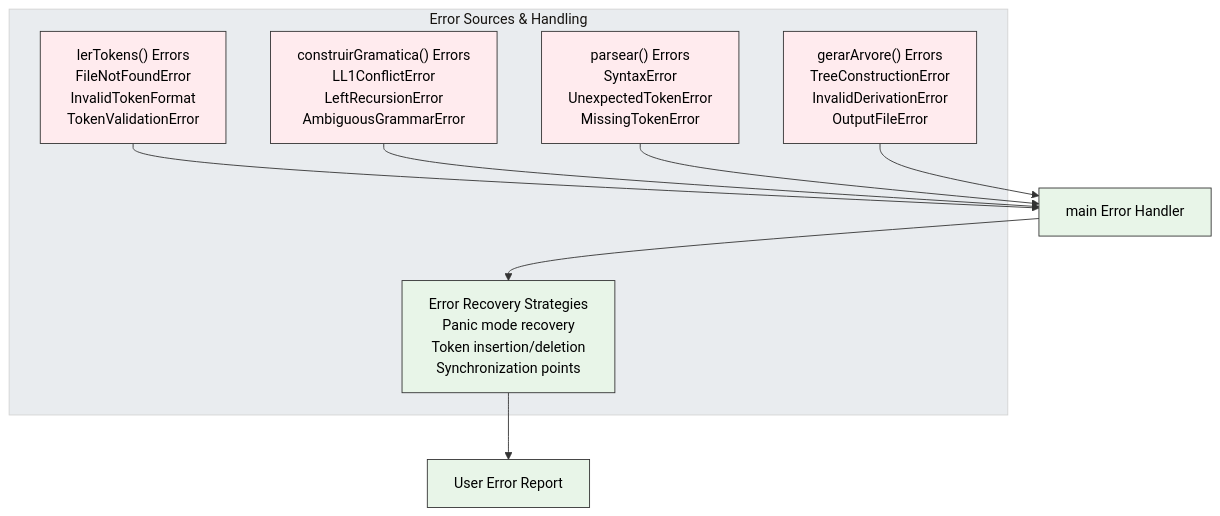
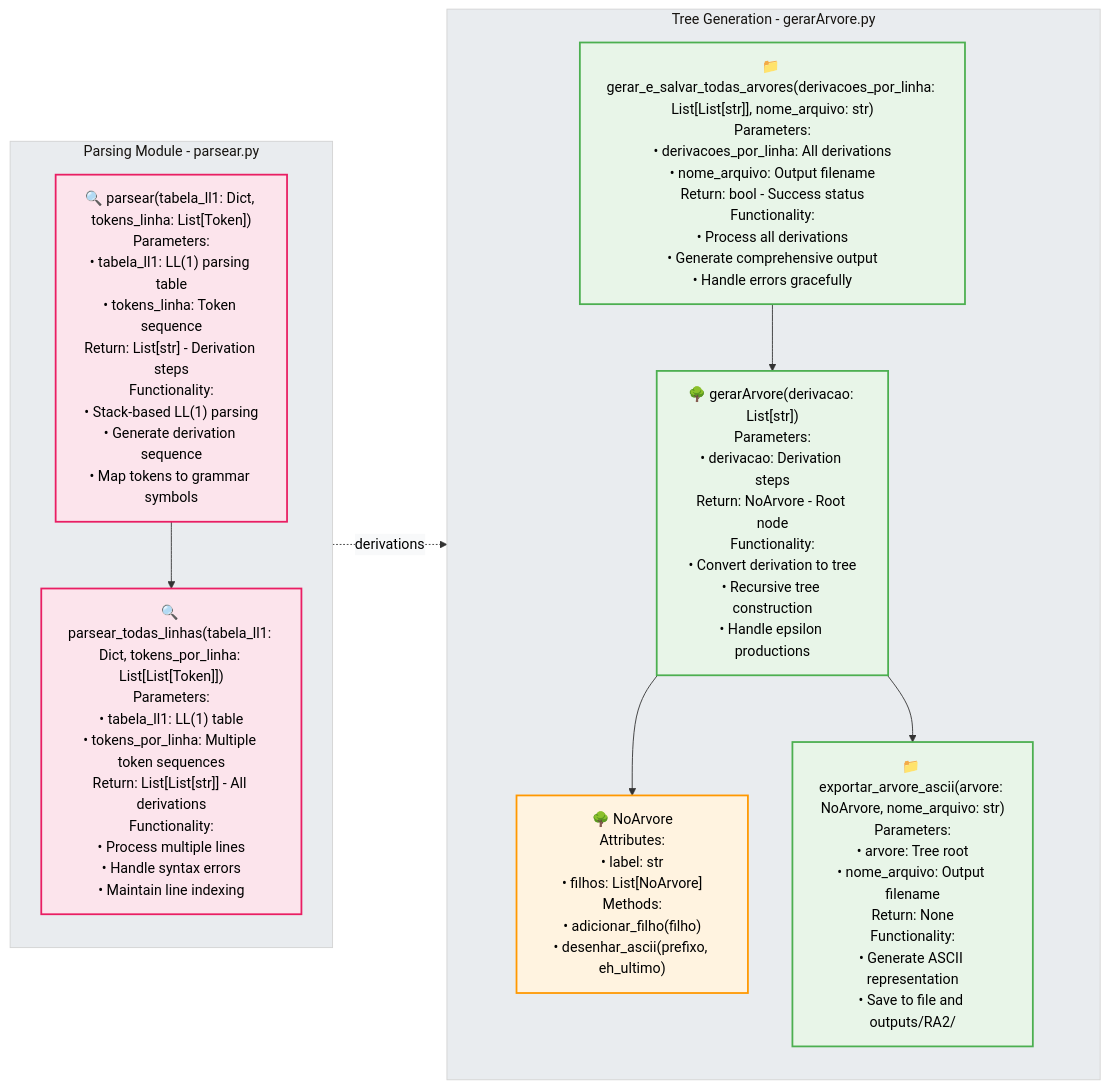
The fourth of 6 diagrams in flowcharts/RA2/RA2_Function_Interfaces.md (waifuisalie/RA2_1), drawn with Mermaid before and after one commit. The commit also changed other lines of this file and 1 other file, not shown here.

Commit message:
adding correct and improved flowcharts

````diff
--- a/flowcharts/RA2/RA2_Function_Interfaces.md
+++ b/flowcharts/RA2/RA2_Function_Interfaces.md
@@ -105,29 +170,35 @@
 ```mermaid
 %%{init: {'theme':'base', 'themeVariables': { 'primaryColor': '#ffffff', 'primaryTextColor': '#000000', 'primaryBorderColor': '#333333', 'lineColor': '#333333', 'secondaryColor': '#f8f9fa', 'tertiaryColor': '#e9ecef'}}}%%
-flowchart TD
-    subgraph "Error Sources & Handling"
-        A["lerTokens() Errors<br/>FileNotFoundError<br/>InvalidTokenFormat<br/>TokenValidationError"]
-        
-        B["construirGramatica() Errors<br/>LL1ConflictError<br/>LeftRecursionError<br/>AmbiguousGrammarError"]
-        
-        C["parsear() Errors<br/>SyntaxError<br/>UnexpectedTokenError<br/>MissingTokenError"]
-        
-        D["gerarArvore() Errors<br/>TreeConstructionError<br/>InvalidDerivationError<br/>OutputFileError"]
-        
-        E["Error Recovery Strategies<br/>Panic mode recovery<br/>Token insertion/deletion<br/>Synchronization points"]
+graph LR
+    subgraph "Parsing Module - parsear.py"
+        direction TB
+        A["🔍 parsear(tabela_ll1: Dict, tokens_linha: List[Token])<br/>Parameters:<br/>• tabela_ll1: LL(1) parsing table<br/>• tokens_linha: Token sequence<br/>Return: List[str] - Derivation steps<br/>Functionality:<br/>• Stack-based LL(1) parsing<br/>• Generate derivation sequence<br/>• Map tokens to grammar symbols"]
+
+        B["🔍 parsear_todas_linhas(tabela_ll1: Dict, tokens_por_linha: List[List[Token]])<br/>Parameters:<br/>• tabela_ll1: LL(1) table<br/>• tokens_por_linha: Multiple token sequences<br/>Return: List[List[str]] - All derivations<br/>Functionality:<br/>• Process multiple lines<br/>• Handle syntax errors<br/>• Maintain line indexing"]
     end
-    
-    %% Error flow to main
-    A --> F[main Error Handler]
-    B --> F
-    C --> F  
-    D --> F
-    F --> E
-    E --> G[User Error Report]
-    
-    classDef errorSource fill:#ffebee
-    classDef errorHandler fill:#e8f5e8
-    
-    class A,B,C,D errorSource
-    class E,F,G errorHandler
+
+    subgraph "Tree Generation - gerarArvore.py"
+        direction TB
+        C["🌳 NoArvore<br/>Attributes:<br/>• label: str<br/>• filhos: List[NoArvore]<br/>Methods:<br/>• adicionar_filho(filho)<br/>• desenhar_ascii(prefixo, eh_ultimo)"]
+
+        D["🌳 gerarArvore(derivacao: List[str])<br/>Parameters:<br/>• derivacao: Derivation steps<br/>Return: NoArvore - Root node<br/>Functionality:<br/>• Convert derivation to tree<br/>• Recursive tree construction<br/>• Handle epsilon productions"]
+
+        E["📁 exportar_arvore_ascii(arvore: NoArvore, nome_arquivo: str)<br/>Parameters:<br/>• arvore: Tree root<br/>• nome_arquivo: Output filename<br/>Return: None<br/>Functionality:<br/>• Generate ASCII representation<br/>• Save to file and outputs/RA2/"]
+
+        F["📁 gerar_e_salvar_todas_arvores(derivacoes_por_linha: List[List[str]], nome_arquivo: str)<br/>Parameters:<br/>• derivacoes_por_linha: All derivations<br/>• nome_arquivo: Output filename<br/>Return: bool - Success status<br/>Functionality:<br/>• Process all derivations<br/>• Generate comprehensive output<br/>• Handle errors gracefully"]
+    end
+
+    A --> B
+    D --> C
+    D --> E
+    F --> D
+    B -.->|"derivations"| F
+
+    classDef parseFunc fill:#fce4ec,stroke:#e91e63,stroke-width:2px
+    classDef treeFunc fill:#e8f5e8,stroke:#4caf50,stroke-width:2px
+    classDef dataClass fill:#fff3e0,stroke:#ff9800,stroke-width:2px
+
+    class A,B parseFunc
+    class D,E,F treeFunc
+    class C dataClass
 ```
````
